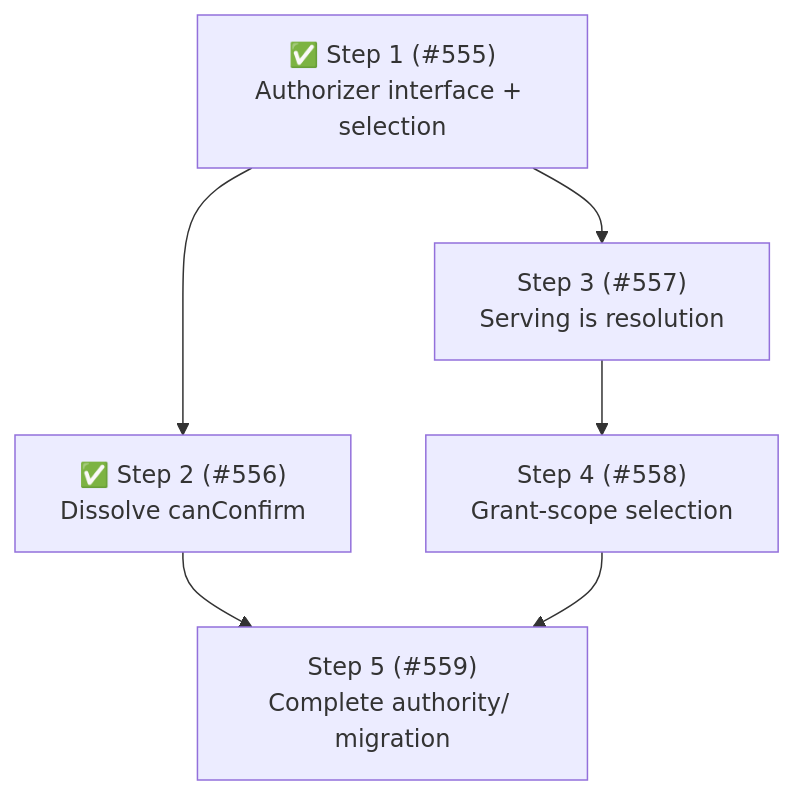
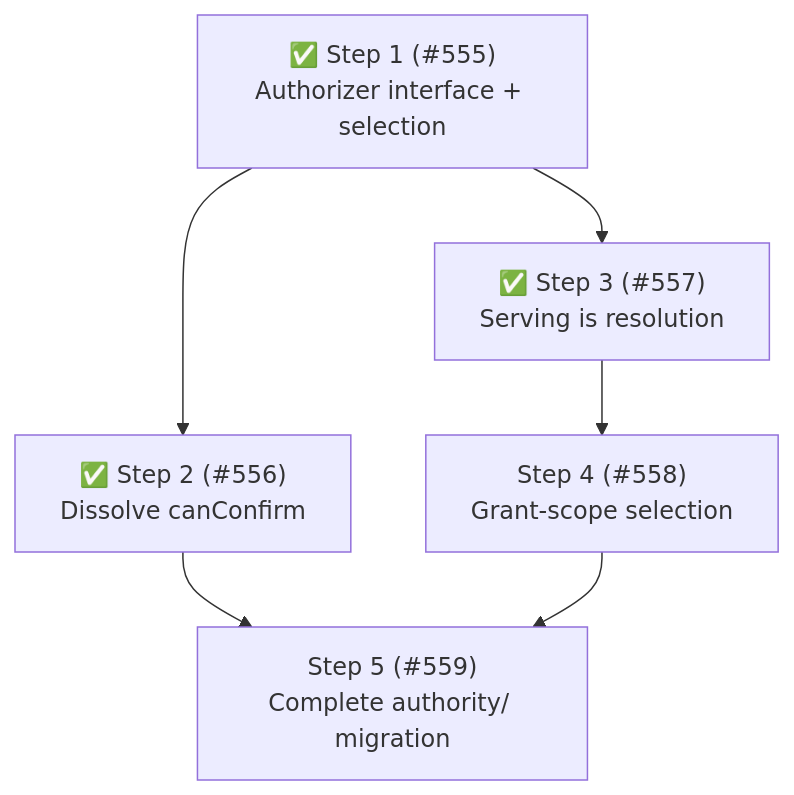
Before and after one commit to whaoa/forked-gotgenes-pi-packages: the fourth of 4 diagrams in packages/pi-permission-system/docs/architecture/architecture.md, drawn with Mermaid. The commit also changed other lines of this file and 1 other file, not shown here.

Commit message:
docs(pi-permission-system): mark Phase 9 Step 3 complete

````diff
--- a/packages/pi-permission-system/docs/architecture/architecture.md
+++ b/packages/pi-permission-system/docs/architecture/architecture.md
@@ -921,14 +923,14 @@
 ```mermaid
 flowchart TD
     S1["✅ Step 1 (#555)<br/>Authorizer interface + selection"]
     S2["✅ Step 2 (#556)<br/>Dissolve canConfirm"]
-    S3["Step 3 (#557)<br/>Serving is resolution"]
+    S3["✅ Step 3 (#557)<br/>Serving is resolution"]
     S4["Step 4 (#558)<br/>Grant-scope selection"]
     S5["Step 5 (#559)<br/>Complete authority/ migration"]
 
     S1 --> S2
     S1 --> S3
     S3 --> S4
     S2 --> S5
     S4 --> S5
 ```
````
